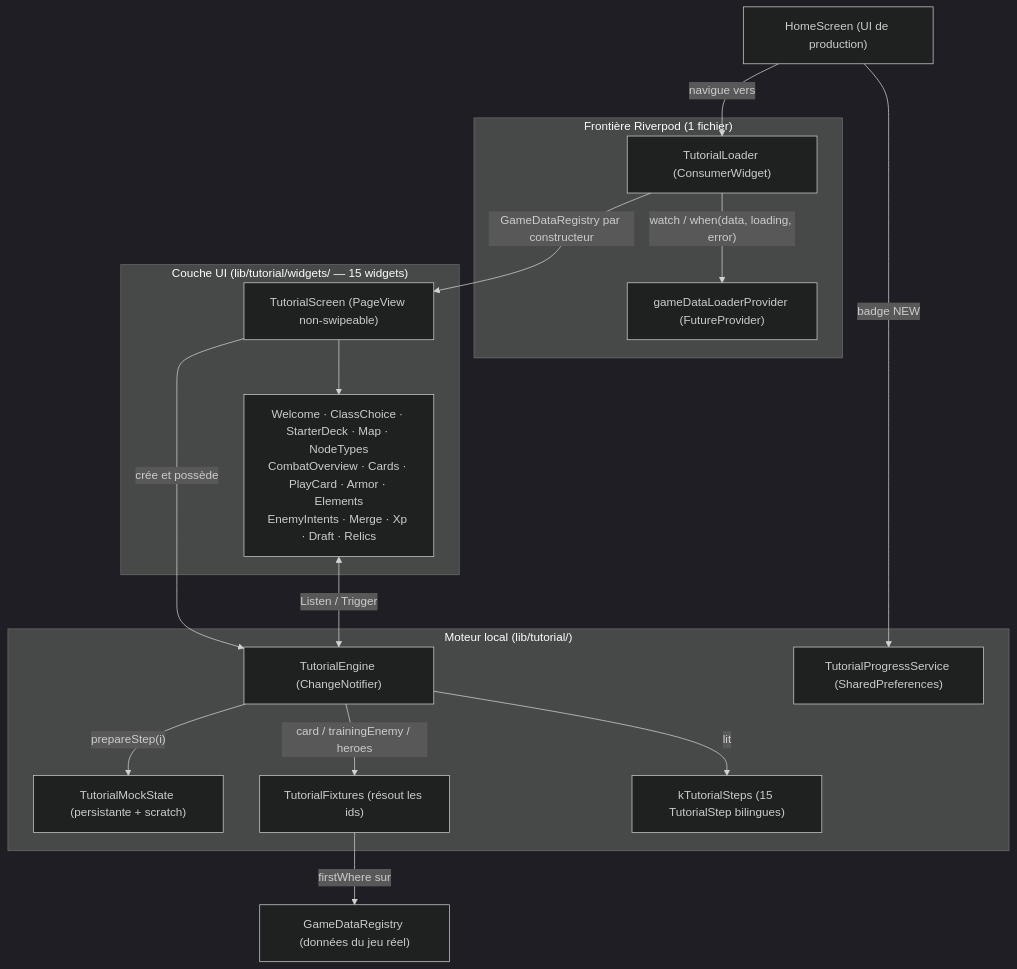
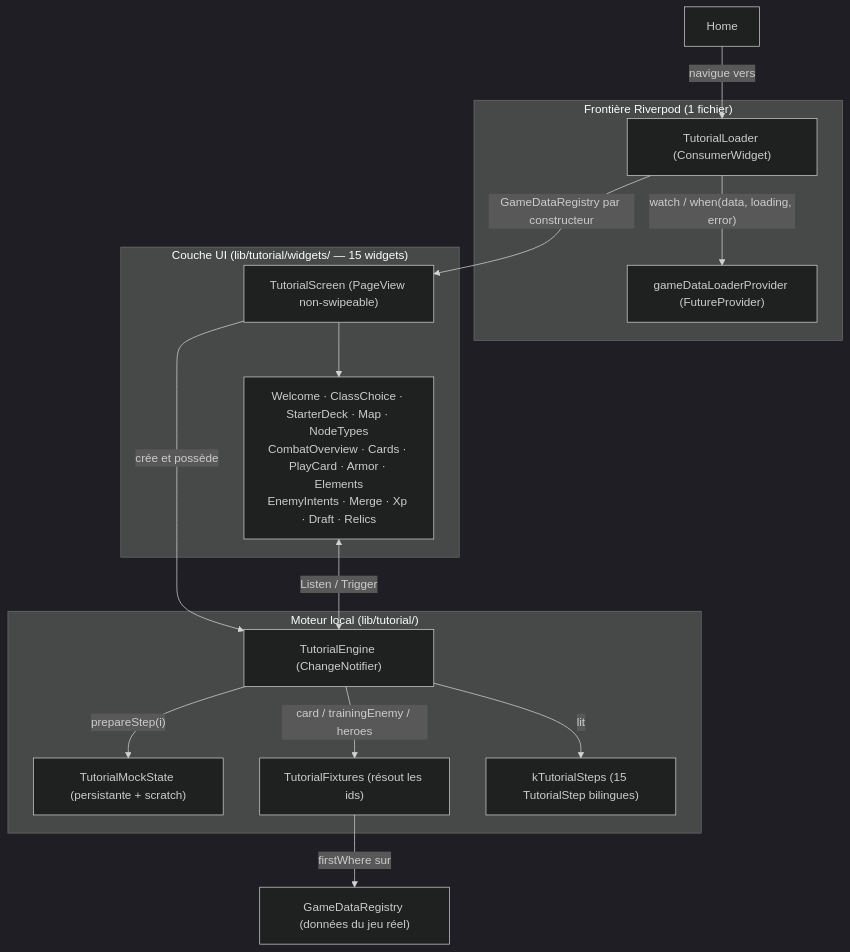
The diagram in .obsidian_vault/_patterns/09-00-architecture-du-systeme-de-tutoriel-autonome.md (Hex-Umbra/hero-s-draft), drawn with Mermaid (dark theme) before and after one commit. The commit also changed other lines of this file and 25 other files, not shown here.

````diff
--- a/.obsidian_vault/_patterns/09-00-architecture-du-systeme-de-tutoriel-autonome.md
+++ b/.obsidian_vault/_patterns/09-00-architecture-du-systeme-de-tutoriel-autonome.md
@@ -23,34 +23,32 @@
 ```mermaid
 graph TD
     subgraph "Frontière Riverpod (1 fichier)"
         Loader["TutorialLoader (ConsumerWidget)"]
         Provider["gameDataLoaderProvider (FutureProvider)"]
         Loader -->|"watch / when(data, loading, error)"| Provider
     end
 
     subgraph "Couche UI (lib/tutorial/widgets/ — 15 widgets)"
         Screen["TutorialScreen (PageView non-swipeable)"]
         Widgets["Welcome · ClassChoice · StarterDeck · Map · NodeTypes<br/>CombatOverview · Cards · PlayCard · Armor · Elements<br/>EnemyIntents · Merge · Xp · Draft · Relics"]
         Screen --> Widgets
     end
 
     subgraph "Moteur local (lib/tutorial/)"
         Engine["TutorialEngine (ChangeNotifier)"]
         Mock["TutorialMockState (persistante + scratch)"]
         Fixtures["TutorialFixtures (résout les ids)"]
         Steps["kTutorialSteps (15 TutorialStep bilingues)"]
-        Progress["TutorialProgressService (SharedPreferences)"]
         Engine -->|"prepareStep(i)"| Mock
         Engine -->|"card / trainingEnemy / heroes"| Fixtures
         Engine -->|"lit"| Steps
     end
 
     Registry["GameDataRegistry (données du jeu réel)"]
 
     Loader -->|"GameDataRegistry par constructeur"| Screen
     Screen -->|"crée et possède"| Engine
     Fixtures -->|"firstWhere sur"| Registry
     Widgets <-->|"Listen / Trigger"| Engine
-    Home["HomeScreen (UI de production)"] -->|"badge NEW"| Progress
     Home -->|"navigue vers"| Loader
 ```
````
